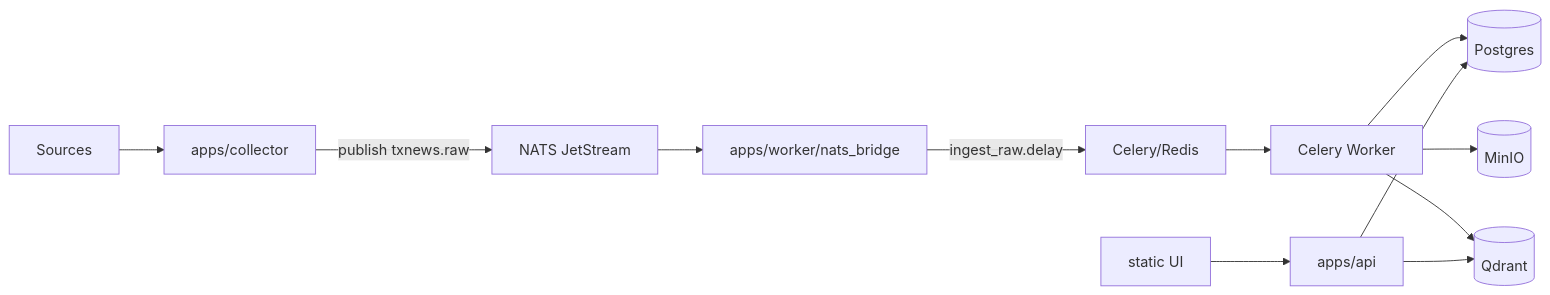
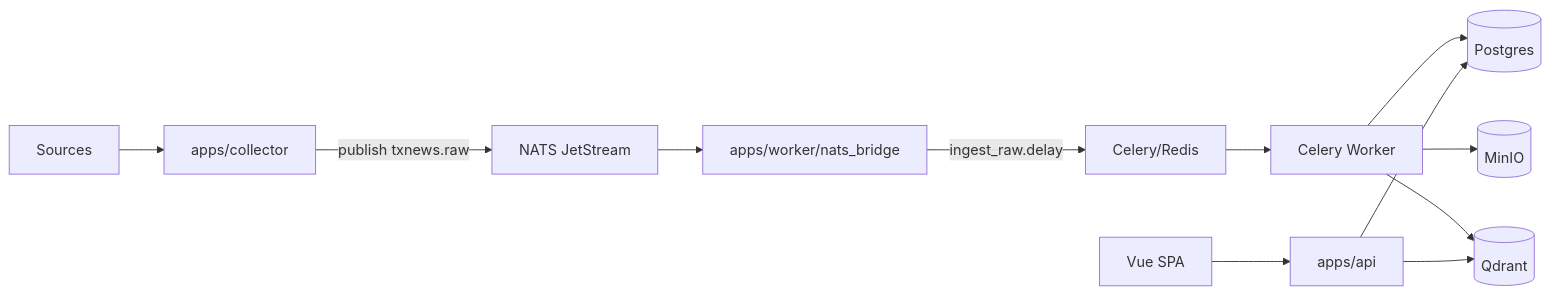
Before and after one commit to 1376524890/tx-news: the first of 2 diagrams in README.md, drawn with Mermaid. The commit also changed other lines of this file and 7 other files, not shown here.

````diff
--- a/README.md
+++ b/README.md
@@ -308,14 +309,14 @@
 ```mermaid
 graph LR
-  S[Sources] --> C[apps/collector]
-  C -->|publish txnews.raw| JS[NATS JetStream]
-  JS --> B[apps/worker/nats_bridge]
-  B -->|ingest_raw.delay| Q[Celery/Redis]
-  Q --> W[Celery Worker]
-  W --> P[(Postgres)]
-  W --> M[(MinIO)]
-  W --> V[(Qdrant)]
-  API[apps/api] --> P
-  API --> V
-  UI[static UI] --> API
+	  S[Sources] --> C[apps/collector]
+	  C -->|publish txnews.raw| JS[NATS JetStream]
+	  JS --> B[apps/worker/nats_bridge]
+	  B -->|ingest_raw.delay| Q[Celery/Redis]
+	  Q --> W[Celery Worker]
+	  W --> P[(Postgres)]
+	  W --> M[(MinIO)]
+	  W --> V[(Qdrant)]
+	  API[apps/api] --> P
+	  API --> V
+	  UI[Vue SPA] --> API
 ```
````
